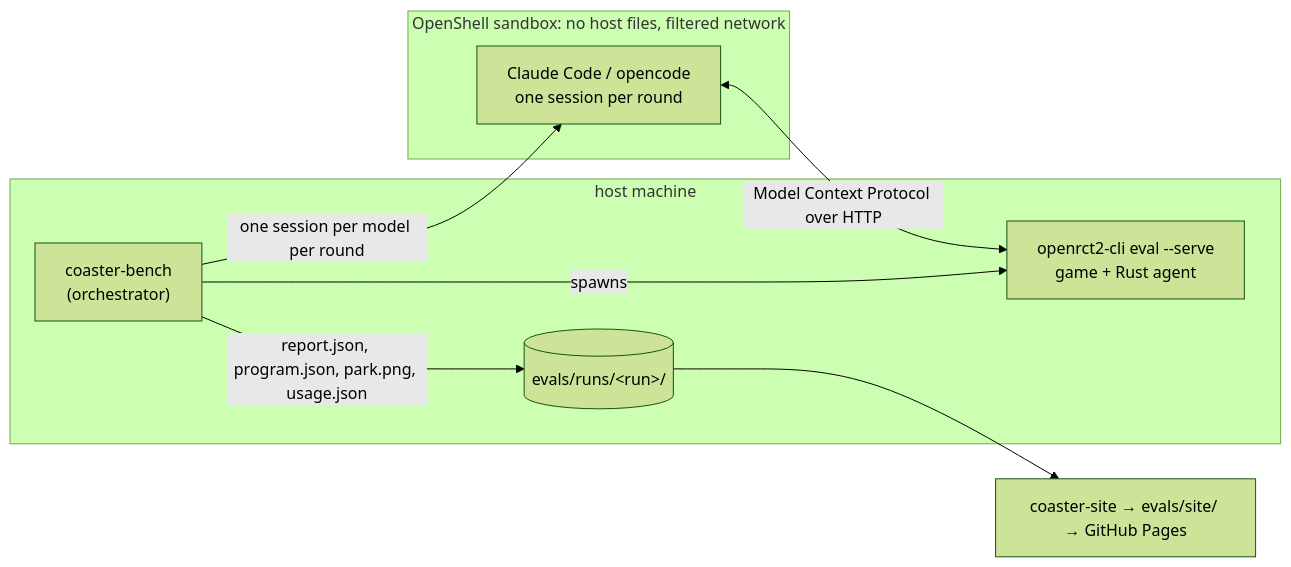
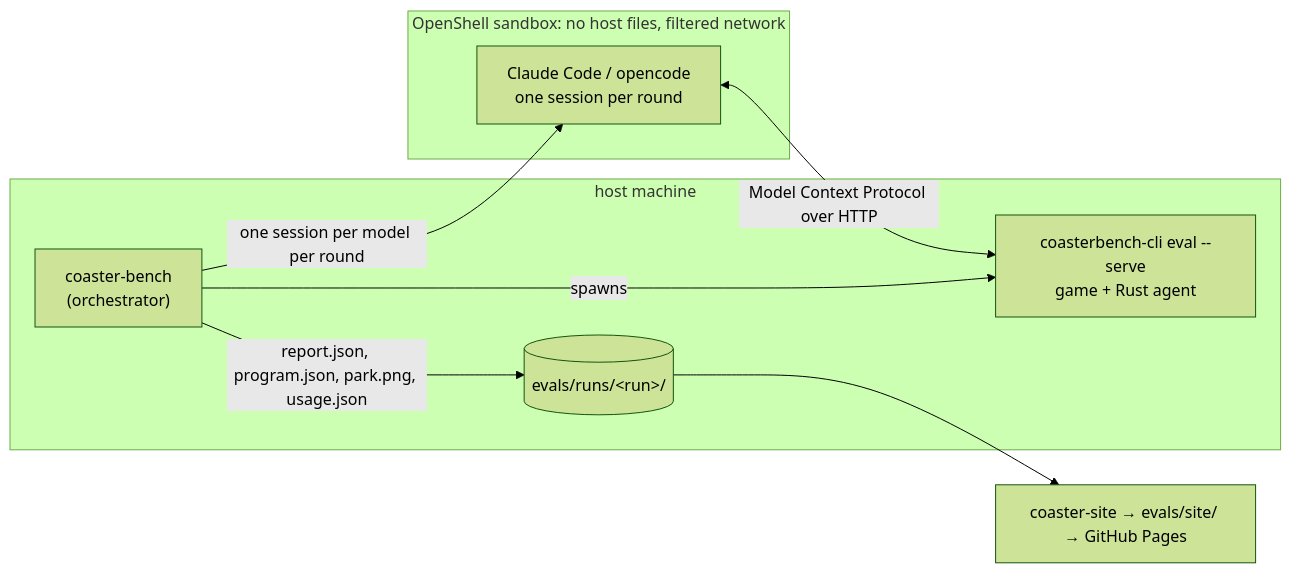
The first of 2 diagrams in readme.md (wseaton/CoasterBench), drawn with Mermaid (forest theme) before and after one commit. The commit also changed other lines of this file and 5 other files, not shown here.

````diff
--- a/readme.md
+++ b/readme.md
@@ -16,17 +16,17 @@
 ```mermaid
 flowchart LR
     subgraph host["host machine"]
         bench["coaster-bench<br/>(orchestrator)"]
-        game["openrct2-cli eval --serve<br/>game + Rust agent"]
+        game["coasterbench-cli eval --serve<br/>game + Rust agent"]
         runs[("evals/runs/&lt;run&gt;/")]
     end
     subgraph sandbox["OpenShell sandbox: no host files, filtered network"]
         agent["Claude Code / opencode<br/>one session per round"]
     end
 
     bench -->|spawns| game
     bench -->|one session per model per round| agent
     agent <-->|Model Context Protocol over HTTP| game
     bench -->|report.json, program.json, park.png, usage.json| runs
     runs --> site["coaster-site → evals/site/ → GitHub Pages"]
 ```
````
